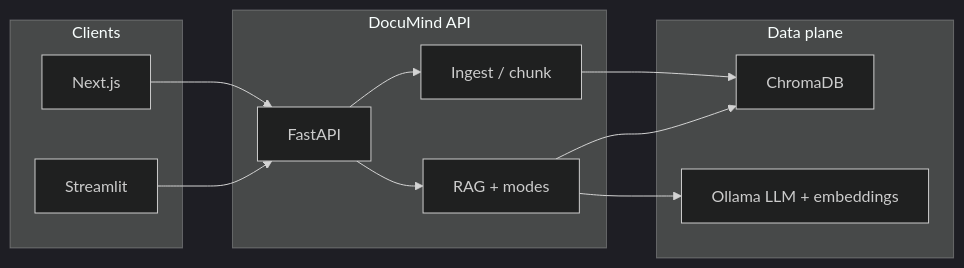
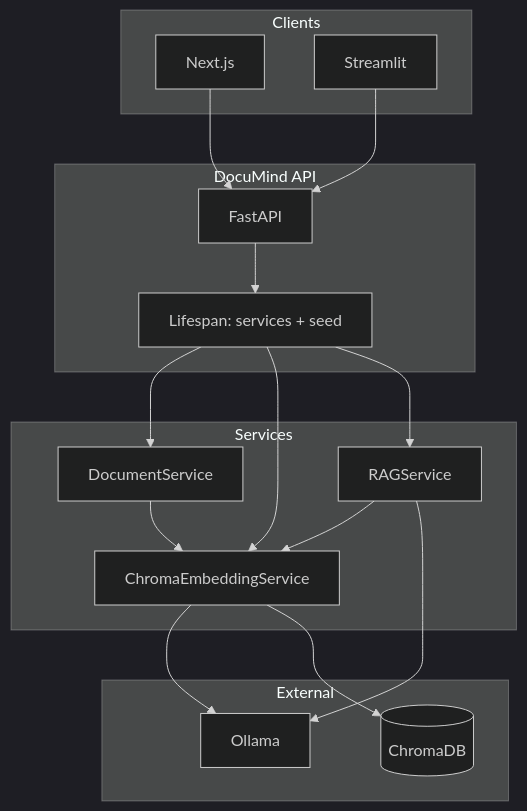
Before and after one commit to cdtalley/DocuMind: the diagram in README.md, drawn with Mermaid (dark theme). The commit also changed other lines of this file, not shown here.

Commit message:
README: technical reference rewrite (architecture, pipeline, API, config).

````diff
--- a/README.md
+++ b/README.md
@@ -24,23 +84,31 @@
 ```mermaid
-flowchart LR
+flowchart TB
   subgraph clients [Clients]
-    WEB[Next.js]
-    ST[Streamlit]
+    N[Next.js]
+    S[Streamlit]
   end
   subgraph api [DocuMind API]
-    FAST[FastAPI]
-    ING[Ingest / chunk]
-    RAG[RAG + modes]
+    F[FastAPI]
+    L[Lifespan: services + seed]
   end
-  subgraph data [Data plane]
-    CHR[ChromaDB]
-    OLL[Ollama LLM + embeddings]
+  subgraph svc [Services]
+    D[DocumentService]
+    E[ChromaEmbeddingService]
+    R[RAGService]
   end
-  WEB --> FAST
-  ST --> FAST
-  FAST --> ING
-  FAST --> RAG
-  ING --> CHR
-  RAG --> CHR
-  RAG --> OLL
+  subgraph ext [External]
+    O[Ollama]
+    C[(ChromaDB)]
+  end
+  N --> F
+  S --> F
+  F --> L
+  L --> D
+  L --> E
+  L --> R
+  D --> E
+  R --> E
+  R --> O
+  E --> O
+  E --> C
 ```
````
